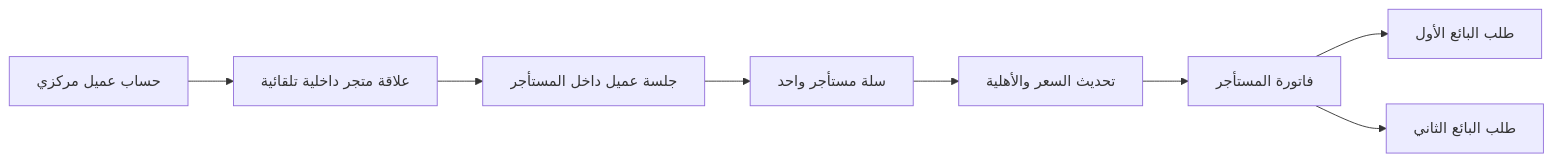
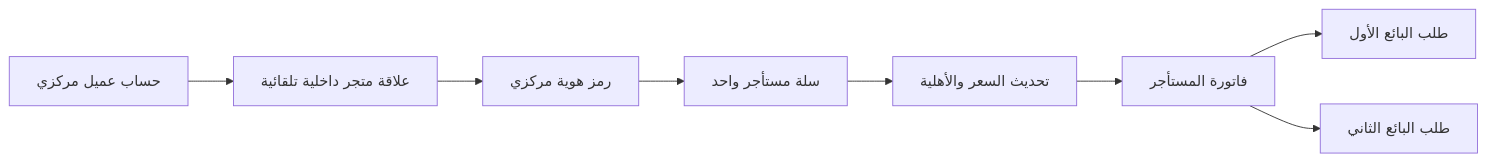
Before and after one commit to mahmoudkhairy159/CartJoin-Client-Docs: the second of 2 diagrams in content/docs/ar/roadmap/boundaries.mdx, drawn with Mermaid. The commit also changed other lines of this file and 13 other files, not shown here.

````diff
--- a/content/docs/ar/roadmap/boundaries.mdx
+++ b/content/docs/ar/roadmap/boundaries.mdx
@@ -81,10 +81,10 @@
 ```mermaid
 flowchart LR
     I[حساب عميل مركزي] --> L[علاقة متجر داخلية تلقائية]
-    L --> S[جلسة عميل داخل المستأجر]
+    L --> S[رمز هوية مركزي]
     S --> C[سلة مستأجر واحد]
     C --> Q[تحديث السعر والأهلية]
     Q --> F[فاتورة المستأجر]
     F --> O1[طلب البائع الأول]
     F --> O2[طلب البائع الثاني]
 ```
````
